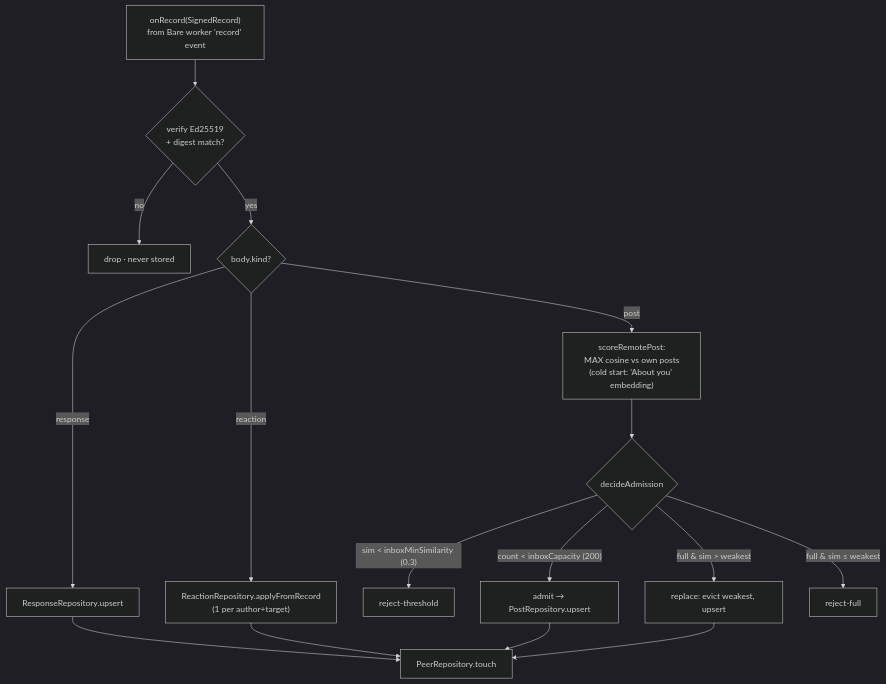
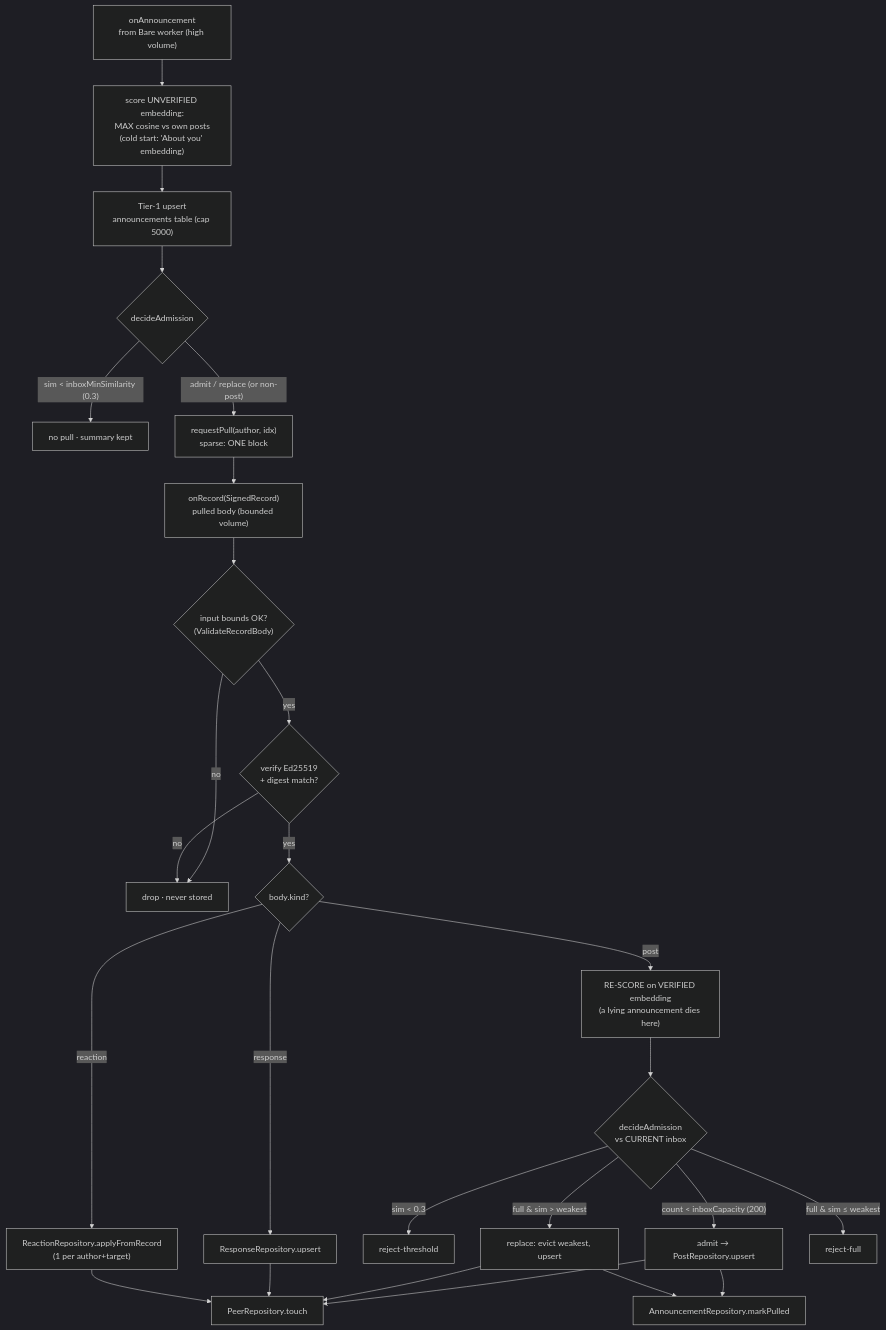
Before and after one commit to Helldez/Resonance: the fourth of 9 diagrams in docs/DIAGRAMS.md, drawn with Mermaid (dark theme). The commit also changed other lines of this file and 12 other files, not shown here.

````diff
--- a/docs/DIAGRAMS.md
+++ b/docs/DIAGRAMS.md
@@ -159,21 +162,32 @@
 ```mermaid
 flowchart TD
-    R["onRecord(SignedRecord)<br/>from Bare worker 'record' event"] --> V{verify Ed25519<br/>+ digest match?}
-    V -- no --> X1["drop · never stored"]
+    AN["onAnnouncement<br/>from Bare worker (high volume)"] --> S1["score UNVERIFIED embedding:<br/>MAX cosine vs own posts<br/>(cold start: 'About you' embedding)"]
+    S1 --> T1["Tier-1 upsert<br/>announcements table (cap 5000)"]
+    T1 --> A1{decideAdmission}
+    A1 -- "sim &lt; inboxMinSimilarity (0.3)" --> X0["no pull · summary kept"]
+    A1 -- "admit / replace (or non-post)" --> PULL["requestPull(author, idx)<br/>sparse: ONE block"]
+
+    PULL --> R["onRecord(SignedRecord)<br/>pulled body (bounded volume)"]
+    R --> L{"input bounds OK?<br/>(ValidateRecordBody)"}
+    L -- no --> X1["drop · never stored"]
+    L -- yes --> V{verify Ed25519<br/>+ digest match?}
+    V -- no --> X1
     V -- yes --> K{body.kind?}
 
     K -- response --> RR["ResponseRepository.upsert"]
     K -- reaction --> RX["ReactionRepository.applyFromRecord<br/>(1 per author+target)"]
-    K -- post --> S["scoreRemotePost:<br/>MAX cosine vs own posts<br/>(cold start: 'About you' embedding)"]
+    K -- post --> S2["RE-SCORE on VERIFIED embedding<br/>(a lying announcement dies here)"]
 
-    S --> A{decideAdmission}
-    A -- "sim &lt; inboxMinSimilarity (0.3)" --> X2["reject-threshold"]
-    A -- "count &lt; inboxCapacity (200)" --> ADM["admit → PostRepository.upsert"]
-    A -- "full & sim &gt; weakest" --> REP["replace: evict weakest, upsert"]
-    A -- "full & sim ≤ weakest" --> X3["reject-full"]
+    S2 --> A2{decideAdmission<br/>vs CURRENT inbox}
+    A2 -- "sim &lt; 0.3" --> X2["reject-threshold"]
+    A2 -- "count &lt; inboxCapacity (200)" --> ADM["admit → PostRepository.upsert"]
+    A2 -- "full & sim &gt; weakest" --> REP["replace: evict weakest, upsert"]
+    A2 -- "full & sim ≤ weakest" --> X3["reject-full"]
 
+    ADM --> MP["AnnouncementRepository.markPulled"]
+    REP --> MP
     ADM --> PEER["PeerRepository.touch"]
     REP --> PEER
     RR --> PEER
     RX --> PEER
 ```
````
